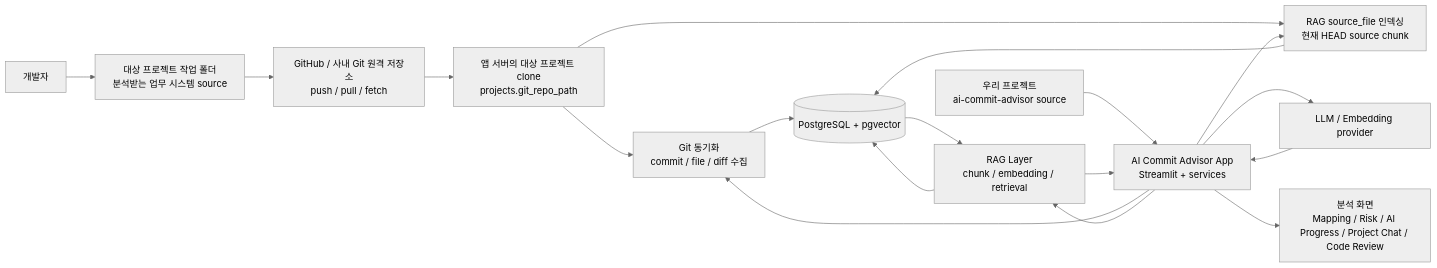
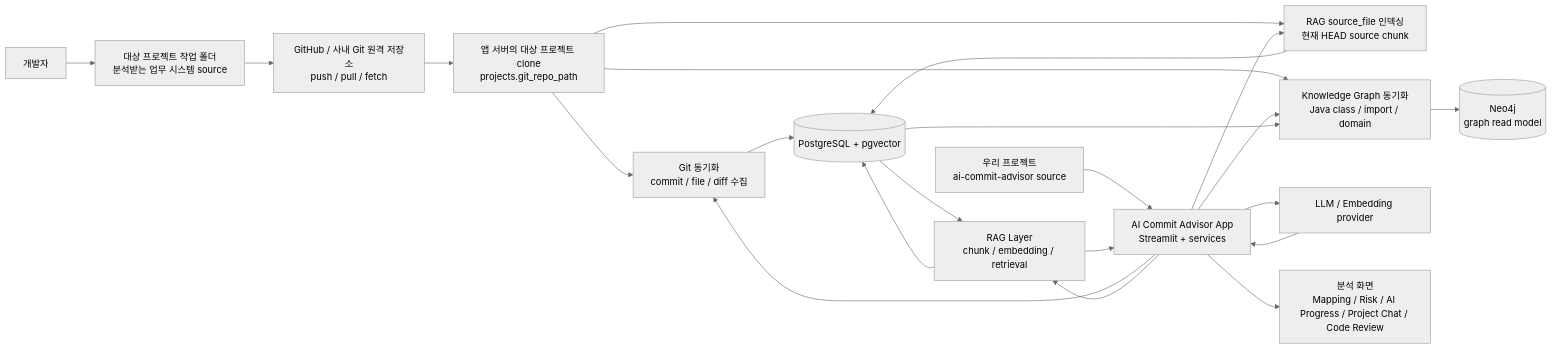
One commit to ino5/ai-commit-advisor-26 changed the second of 10 diagrams in docs/architecture.md. Above: the diagram before and after it, drawn with Mermaid (neutral theme). The commit also changed other lines of this file and 24 other files, not shown here.

Commit message:
Add Neo4j knowledge graph foundation

````diff
--- a/docs/architecture.md
+++ b/docs/architecture.md
@@ -62,23 +64,27 @@
 ```mermaid
 flowchart LR
     Dev["개발자"] --> TargetWork["대상 프로젝트 작업 폴더<br/>분석받는 업무 시스템 source"]
     TargetWork --> GitHub["GitHub / 사내 Git 원격 저장소<br/>push / pull / fetch"]
 
     GitHub --> ServerClone["앱 서버의 대상 프로젝트 clone<br/>projects.git_repo_path"]
     ServerClone --> GitSync["Git 동기화<br/>commit / file / diff 수집"]
     ServerClone --> SourceIndex["RAG source_file 인덱싱<br/>현재 HEAD source chunk"]
+    ServerClone --> GraphSync["Knowledge Graph 동기화<br/>Java class / import / domain"]
 
     AdvisorRepo["우리 프로젝트<br/>ai-commit-advisor source"] --> App["AI Commit Advisor App<br/>Streamlit + services"]
     App --> GitSync
     App --> SourceIndex
+    App --> GraphSync
     App --> Rag["RAG Layer<br/>chunk / embedding / retrieval"]
     App --> LLM["LLM / Embedding provider"]
 
     GitSync --> DB[(PostgreSQL + pgvector)]
     SourceIndex --> DB
+    GraphSync --> Neo4j[(Neo4j<br/>graph read model)]
+    DB --> GraphSync
     Rag --> DB
     DB --> Rag
     Rag --> App
     LLM --> App
     App --> Result["분석 화면<br/>Mapping / Risk / AI Progress / Project Chat / Code Review"]
 ```
````
